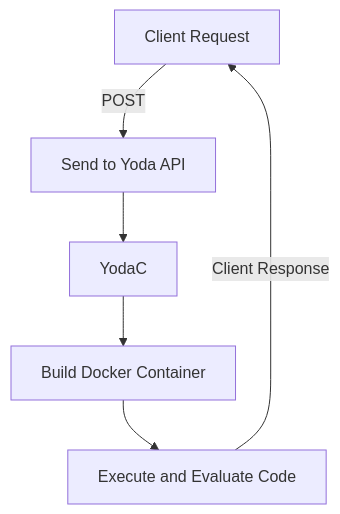
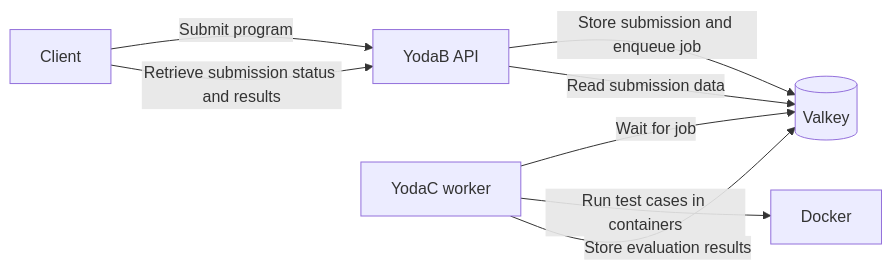
One commit to pedrocasais/yoda changed the diagram in README.md. Above: the diagram before and after it, drawn with Mermaid. The commit also changed other lines of this file and 4 other files, not shown here.

````diff
--- a/README.md
+++ b/README.md
@@ -66,8 +77,10 @@
 ```mermaid
-flowchart TD
-  A[Client Request] -->| POST | B[Send to Yoda API]
-  B --> C[YodaC]
-  C --> D[Build Docker Container]
-  D --> E[Execute and Evaluate Code]
-  E --> |Client Response| A
+flowchart LR
+  U[Client] -->|Submit program| B[YodaB API]
+  B -->|Store submission and enqueue job| V[(Valkey)]
+  C[YodaC worker] -->|Wait for job| V
+  C -->|Run test cases in containers| D[Docker]
+  C -->|Store evaluation results| V
+  U -->|Retrieve submission status and results| B
+  B -->|Read submission data| V
 ```
````
